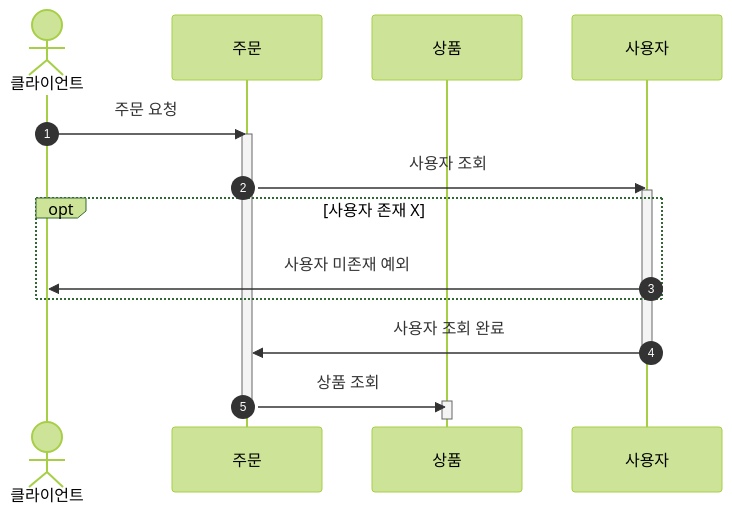
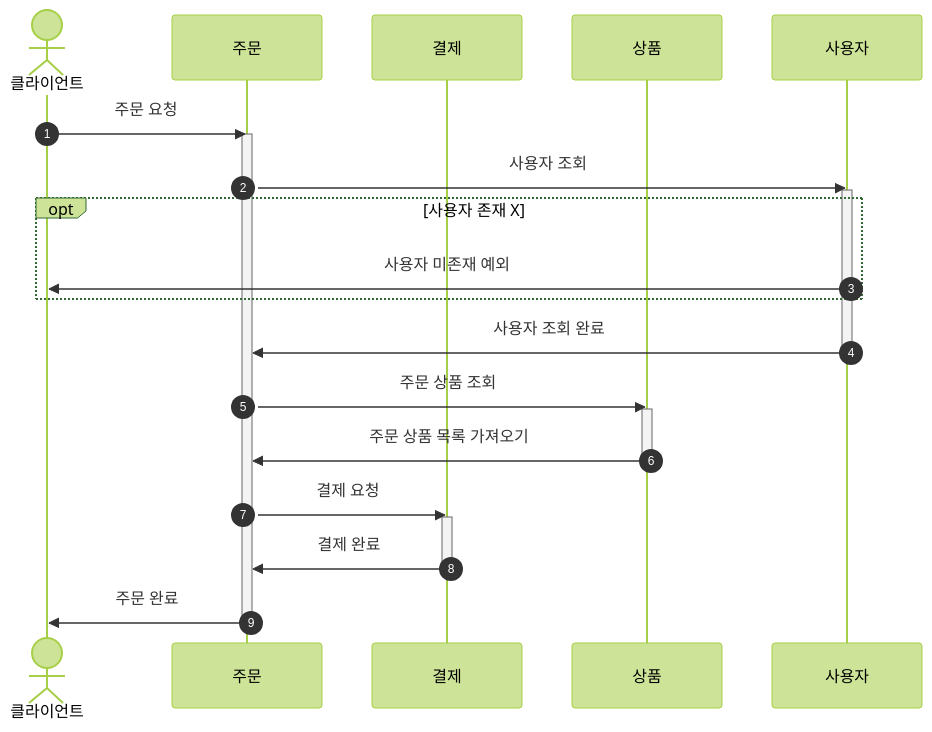
Before and after one commit to minjihonim/hh-server-java: the fourth of 6 diagrams in docs/seq_diagram.md, drawn with Mermaid. The commit also changed other lines of this file, not shown here.

Commit message:
시퀀스-다이어그램-수정

````diff
--- a/docs/seq_diagram.md
+++ b/docs/seq_diagram.md
@@ -111,26 +110,31 @@
 ```mermaid
 %%{init: {"theme":"forest"}}%%
 sequenceDiagram
 autonumber
 actor C_CLIENT as 클라이언트
 participant C_ORDER as 주문
+participant C_PAYMENT as 결제
 participant C_PRODUCTION as 상품
 participant C_USER as 사용자
-
 
 %% 주문
 C_CLIENT ->> C_ORDER : 주문 요청
 activate C_ORDER
 C_ORDER ->> C_USER: 사용자 조회
 activate C_USER
 opt 사용자 존재 X
     C_USER ->> C_CLIENT : 사용자 미존재 예외
 end
 C_USER ->> C_ORDER : 사용자 조회 완료
 deactivate C_USER
-C_ORDER ->> C_PRODUCTION: 상품 조회
+C_ORDER ->> C_PRODUCTION: 주문 상품 조회
 activate C_PRODUCTION
-
+C_PRODUCTION ->> C_ORDER: 주문 상품 목록 가져오기
 deactivate C_PRODUCTION
+C_ORDER ->> C_PAYMENT: 결제 요청
+activate C_PAYMENT
+C_PAYMENT ->> C_ORDER: 결제 완료
+deactivate C_PAYMENT
+C_ORDER ->> C_CLIENT : 주문 완료
 deactivate C_ORDER
 ```
````
